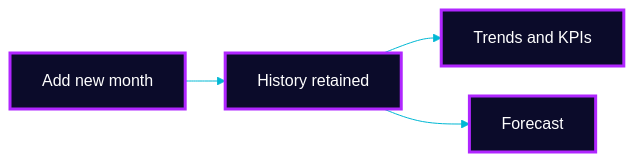
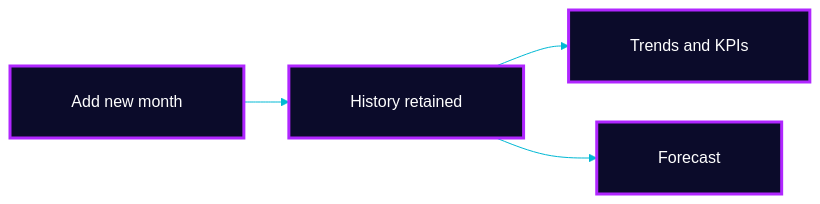
The eighth of 17 diagrams in README.md (Mansi232323/MANSHORA), drawn with Mermaid before and after one commit. The commit also changed other lines of this file, not shown here.

````diff
--- a/README.md
+++ b/README.md
@@ -326,9 +325,9 @@
 ```mermaid
-%%{init: {'theme':'base','themeVariables':{'fontSize':'16px','fontFamily':'Arial, Helvetica, sans-serif','primaryColor':'#0b0b2a','primaryTextColor':'#ffffff','primaryBorderColor':'#b026ff','lineColor':'#00b8d4','textColor':'#ffffff','edgeLabelBackground':'#0b0b2a'},'flowchart':{'htmlLabels':true,'nodeSpacing':30,'rankSpacing':40,'padding':16,'curve':'basis','wrappingWidth':240,'useMaxWidth':true}}}%%
+%%{init: {'theme':'base','themeVariables':{'fontSize':'16px','primaryColor':'#0b0b2a','primaryTextColor':'#ffffff','primaryBorderColor':'#b026ff','lineColor':'#00b8d4','textColor':'#ffffff','edgeLabelBackground':'#0b0b2a'},'flowchart':{'htmlLabels':true,'nodeSpacing':40,'rankSpacing':45,'padding':24,'curve':'basis','wrappingWidth':400,'useMaxWidth':true}}}%%
 flowchart LR
-    M["Add new month"] --> H["History retained"]
-    H --> T["Trends and KPIs"]
-    H --> F["Forecast"]
+    M["&nbsp;&nbsp;&nbsp;Add new month&nbsp;&nbsp;&nbsp;"] --> H["&nbsp;&nbsp;&nbsp;History retained&nbsp;&nbsp;&nbsp;"]
+    H --> T["&nbsp;&nbsp;&nbsp;Trends and KPIs&nbsp;&nbsp;&nbsp;"]
+    H --> F["&nbsp;&nbsp;&nbsp;Forecast&nbsp;&nbsp;&nbsp;"]
     classDef a fill:#0b0b2a,stroke:#b026ff,stroke-width:3px,color:#ffffff
     class M,H,T,F a
 ```
````
